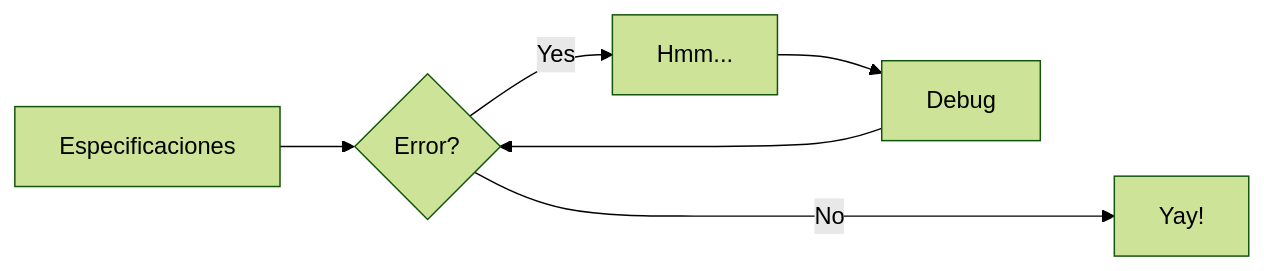
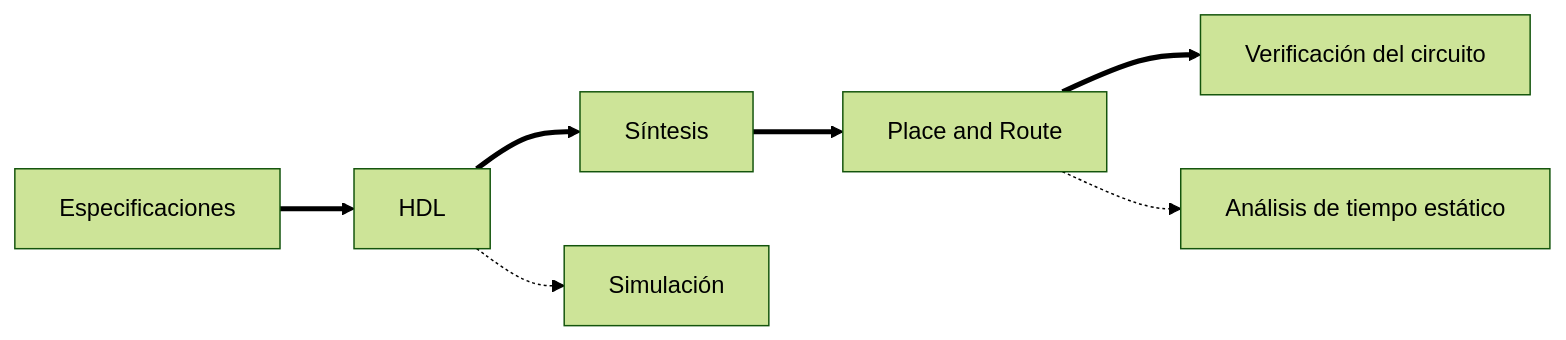
Before and after one commit to cirofabianbermudez/curso_fpga: the diagram in docs/00. Instalación/00_instalacion.md, drawn with Mermaid (forest theme). The commit also changed other lines of this file, not shown here.

Commit message:
Esquema arreglado

````diff
--- a/docs/00. Instalación/00_instalacion.md
+++ b/docs/00. Instalación/00_instalacion.md
@@ -40,8 +32,9 @@
 ``` mermaid
-graph LR
-  A[Especificaciones] --> B{Error?};
-  B -->|Yes| C[Hmm...];
-  C --> D[Debug];
-  D --> B;
-  B ---->|No| E[Yay!];
+flowchart LR
+  A[Especificaciones] ==> B[HDL];
+  B ==> C[Síntesis];
+  C ==> D[Place and Route];
+  D ==> E[Verificación del circuito];
+  B -.-> F[Simulación];
+  D -.-> G[Análisis de tiempo estático];
 ```
````
